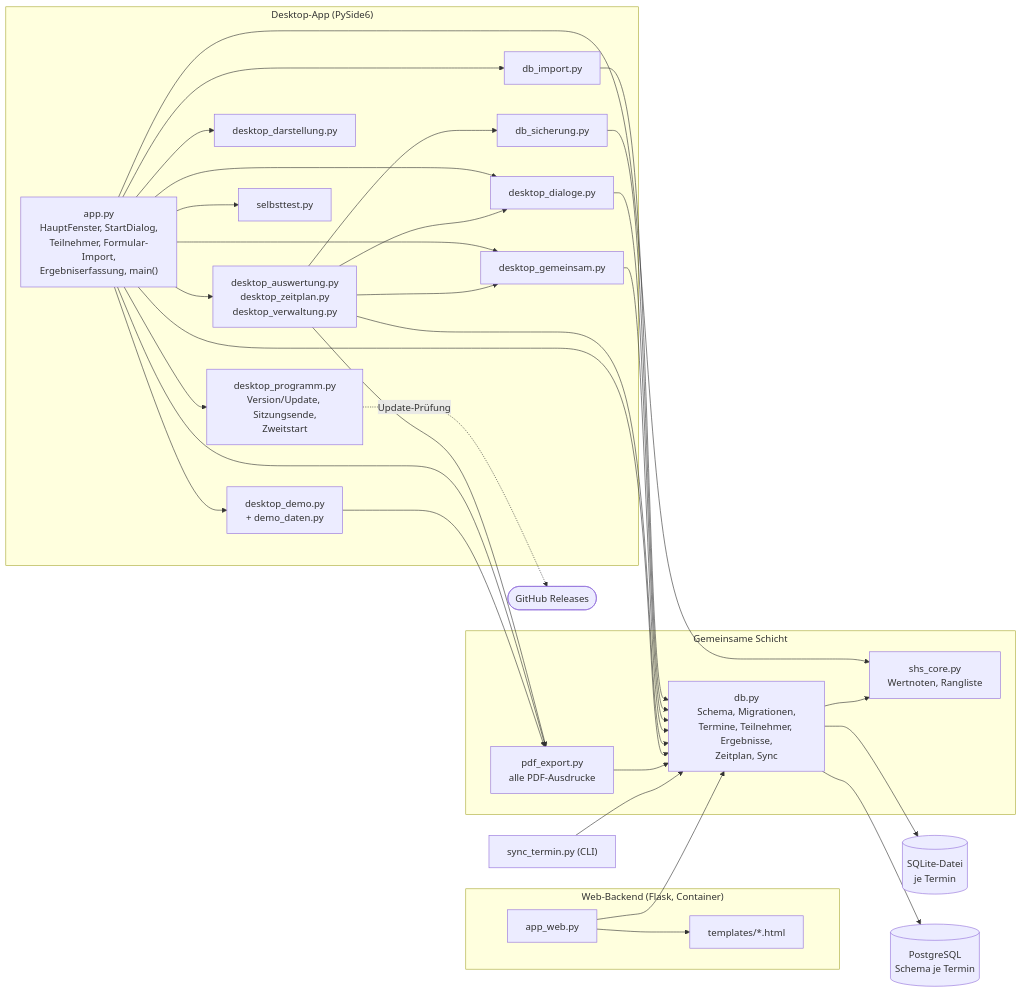
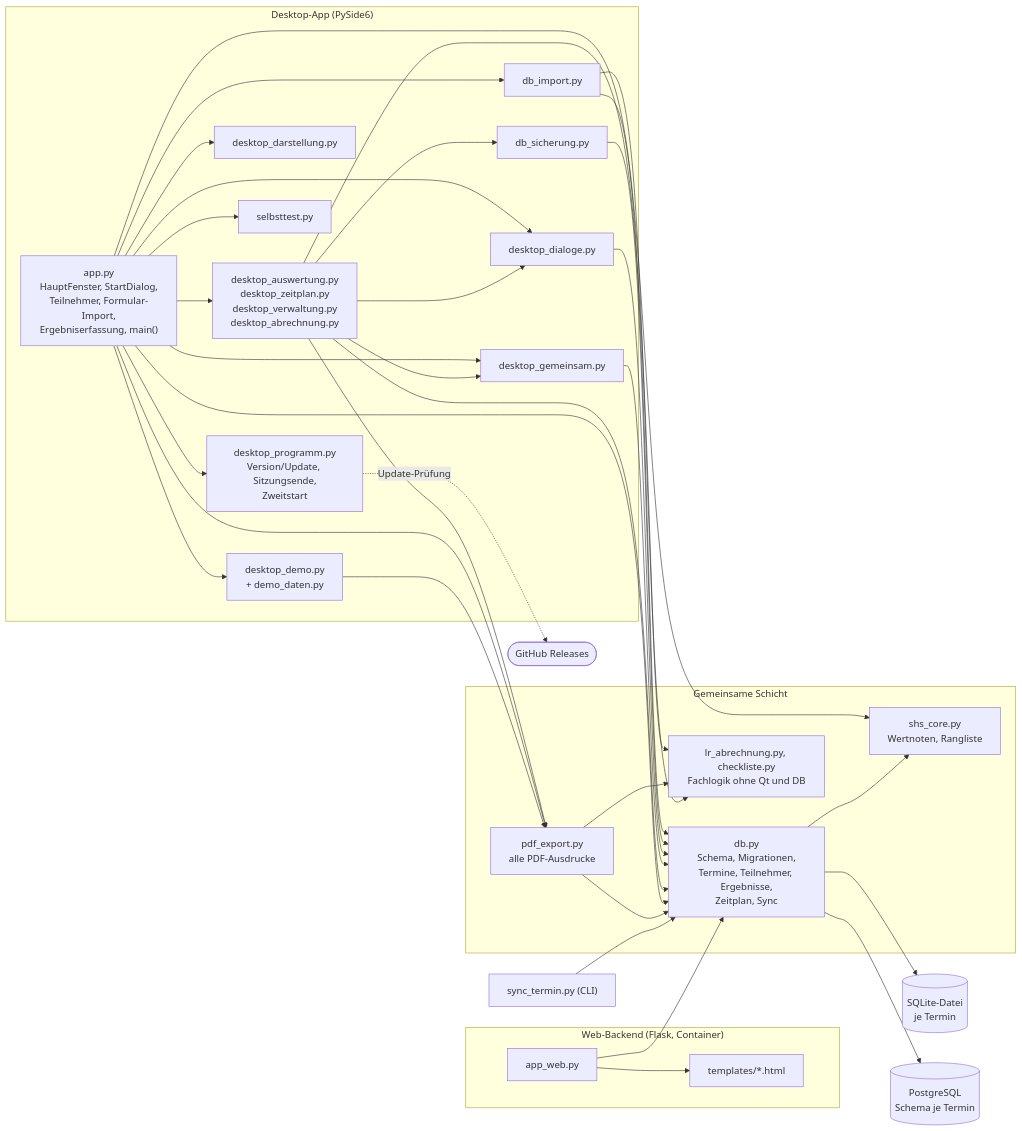
The first of 13 diagrams in UML.md (mbruver-source/SHS), drawn with Mermaid before and after one commit. The commit also changed other lines of this file and 43 other files, not shown here.

First line of the commit message:
Version 1.0.58: Abrechnung Leistungsrichter, Checkliste zum Prüfungstermin, Reiter Ausdrucke/Export

````diff
--- a/UML.md
+++ b/UML.md
@@ -29,49 +29,51 @@
 ```mermaid
 flowchart LR
     subgraph Desktop["Desktop-App (PySide6)"]
         app["app.py<br/>HauptFenster, StartDialog,<br/>Teilnehmer, Formular-Import,<br/>Ergebniserfassung, main()"]
-        reiter["desktop_auswertung.py<br/>desktop_zeitplan.py<br/>desktop_verwaltung.py"]
+        reiter["desktop_auswertung.py<br/>desktop_zeitplan.py<br/>desktop_verwaltung.py<br/>desktop_abrechnung.py"]
         programm["desktop_programm.py<br/>Version/Update, Sitzungsende,<br/>Zweitstart"]
         dialoge["desktop_dialoge.py"]
         gemeinsam["desktop_gemeinsam.py"]
         darstellung["desktop_darstellung.py"]
         demo["desktop_demo.py<br/>+ demo_daten.py"]
         imp["db_import.py"]
         sich["db_sicherung.py"]
         selbst["selbsttest.py"]
     end
 
     subgraph Web["Web-Backend (Flask, Container)"]
         web["app_web.py"]
         tpl["templates/*.html"]
     end
 
     subgraph Kern["Gemeinsame Schicht"]
         db["db.py<br/>Schema, Migrationen,<br/>Termine, Teilnehmer, Ergebnisse,<br/>Zeitplan, Sync"]
         core["shs_core.py<br/>Wertnoten, Rangliste"]
         pdf["pdf_export.py<br/>alle PDF-Ausdrucke"]
+        fach["lr_abrechnung.py, checkliste.py<br/>Fachlogik ohne Qt und DB"]
     end
 
     sqlite[("SQLite-Datei<br/>je Termin")]
     pg[("PostgreSQL<br/>Schema je Termin")]
     sync["sync_termin.py (CLI)"]
     gh(["GitHub Releases"])
 
     app --> reiter & programm & dialoge & gemeinsam & darstellung & demo & imp
     reiter --> dialoge & gemeinsam & sich & pdf
     app --> pdf & core & selbst
     demo --> pdf
     imp --> db
     sich --> db
     dialoge --> db
     gemeinsam --> db
     reiter --> db
+    reiter & pdf & imp --> fach
     app --> db
     web --> db & tpl
     pdf --> db
     db --> core
     db --> sqlite
     db --> pg
     sync --> db
     programm -.Update-Prüfung.-> gh
 ```
````
